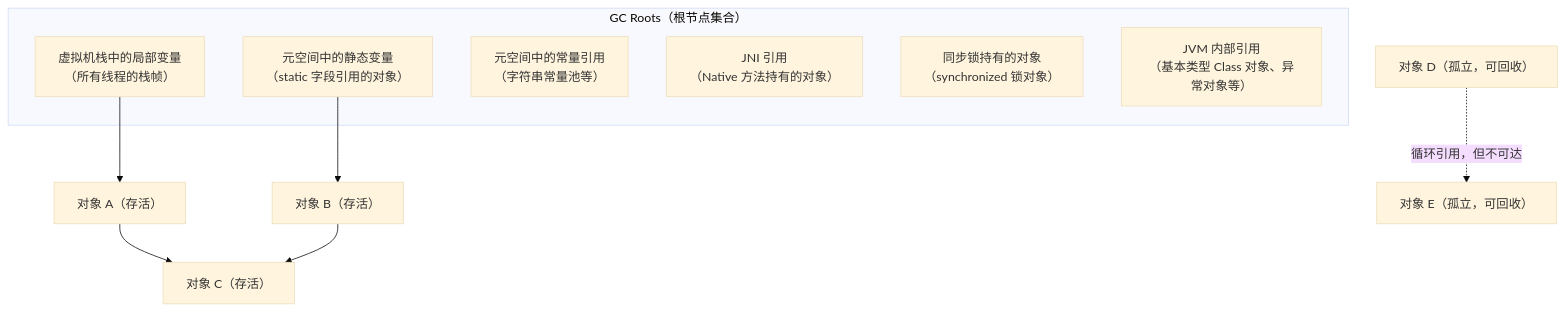
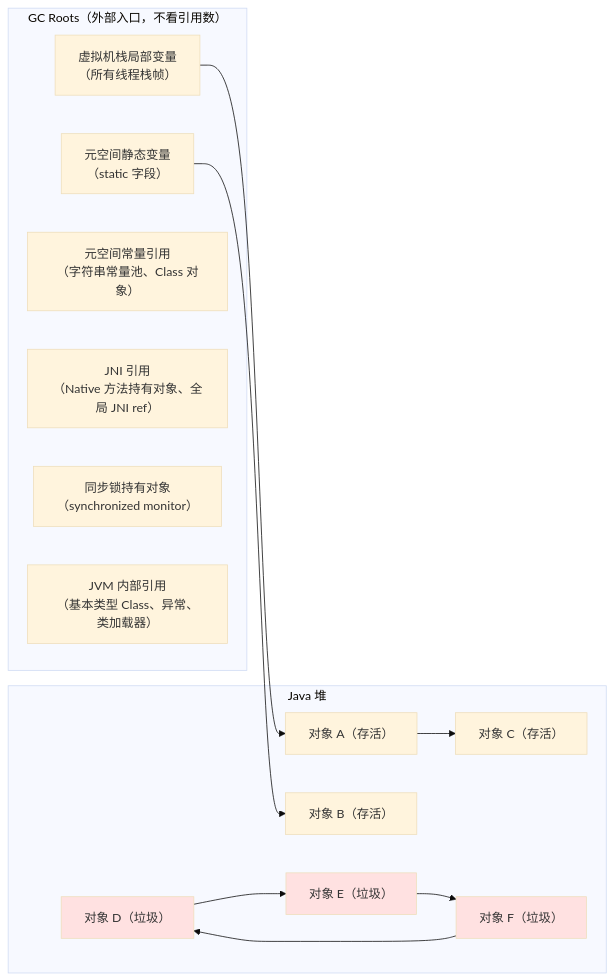
Before and after one commit to b1tzer/b1tzer.github.io: the first of 2 diagrams in docs/01-java-basic/18-GC核心机制与收集器演进.md, drawn with Mermaid (base theme). The commit also changed other lines of this file and 23 other files, not shown here.

First line of the commit message:
docs(java-basic): rewrite 24 files with in-depth bytecode+JVM perspective

````diff
--- a/docs/01-java-basic/18-GC核心机制与收集器演进.md
+++ b/docs/01-java-basic/18-GC核心机制与收集器演进.md
@@ -35,19 +214,31 @@
 ```mermaid
-flowchart TD
-    subgraph GCRoots["GC Roots（根节点集合）"]
-        R1["虚拟机栈中的局部变量<br>（所有线程的栈帧）"]
-        R2["元空间中的静态变量<br>（static 字段引用的对象）"]
-        R3["元空间中的常量引用<br>（字符串常量池等）"]
-        R4["JNI 引用<br>（Native 方法持有的对象）"]
-        R5["同步锁持有的对象<br>（synchronized 锁对象）"]
-        R6["JVM 内部引用<br>（基本类型 Class 对象、异常对象等）"]
+flowchart LR
+    subgraph Roots["GC Roots（外部入口，不看引用数）"]
+        R1["虚拟机栈局部变量<br>（所有线程栈帧）"]
+        R2["元空间静态变量<br>（static 字段）"]
+        R3["元空间常量引用<br>（字符串常量池、Class 对象）"]
+        R4["JNI 引用<br>（Native 方法持有对象、全局 JNI ref）"]
+        R5["同步锁持有对象<br>（synchronized monitor）"]
+        R6["JVM 内部引用<br>（基本类型 Class、异常、类加载器）"]
     end
 
-    R1 --> A["对象 A（存活）"]
-    R2 --> B["对象 B（存活）"]
-    A --> C["对象 C（存活）"]
-    B --> C
-    D["对象 D（孤立，可回收）"]
-    E["对象 E（孤立，可回收）"]
-    D -.->|"循环引用，但不可达"| E
+    subgraph Heap["Java 堆"]
+        A["对象 A（存活）"]
+        B["对象 B（存活）"]
+        C["对象 C（存活）"]
+        D["对象 D（垃圾）"]
+        E["对象 E（垃圾）"]
+        F["对象 F（垃圾）"]
+    end
+
+    R1 --> A
+    R2 --> B
+    A --> C
+    D --> E
+    E --> F
+    F --> D
+
+    style D fill:#ffe1e1
+    style E fill:#ffe1e1
+    style F fill:#ffe1e1
 ```
````
